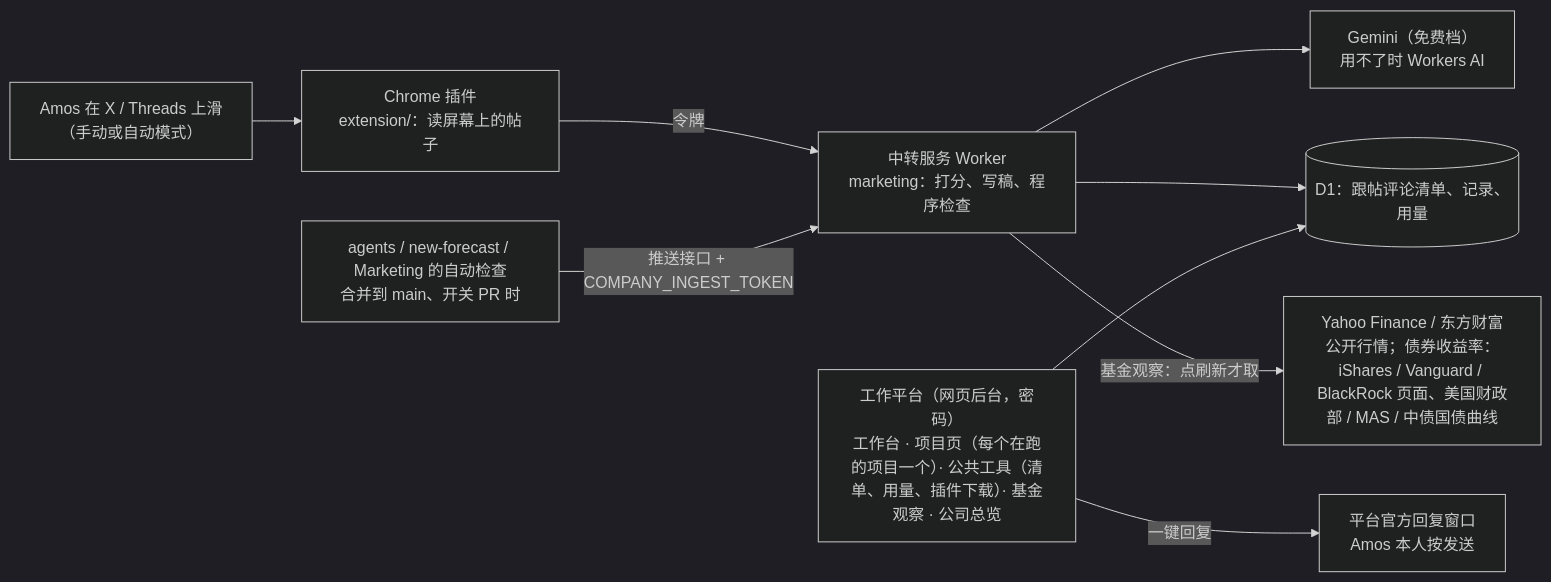
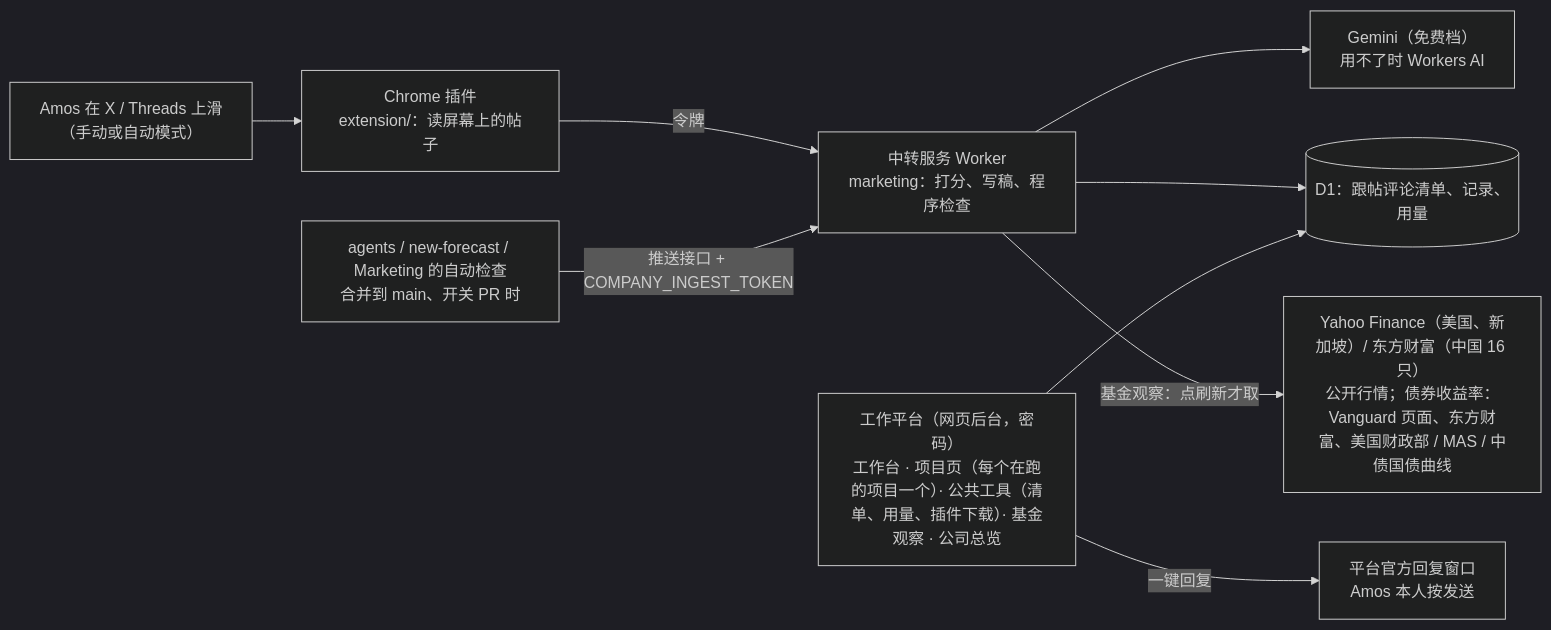
One commit to dollar3651314/Marketing changed the diagram in 项目地图.md. Above: the diagram before and after it, drawn with Mermaid (dark theme). The commit also changed other lines of this file and 7 other files, not shown here.

````diff
--- a/项目地图.md
+++ b/项目地图.md
@@ -22,11 +23,11 @@
 ```mermaid
 flowchart LR
     A["Amos 在 X / Threads 上滑<br/>（手动或自动模式）"] --> P["Chrome 插件<br/>extension/：读屏幕上的帖子"]
     P -->|"令牌"| R["中转服务 Worker<br/>marketing：打分、写稿、程序检查"]
     R --> G["Gemini（免费档）<br/>用不了时 Workers AI"]
     R --> D[("D1：跟帖评论清单、记录、用量")]
     B["工作平台（网页后台，密码）<br/>工作台 · 项目页（每个在跑的项目一个）· 公共工具（清单、用量、插件下载）· 基金观察 · 公司总览"] --> D
-    R -->|"基金观察：点刷新才取"| Y["Yahoo Finance / 东方财富<br/>公开行情；债券收益率：iShares / Vanguard / BlackRock 页面、美国财政部 / MAS / 中债国债曲线"]
+    R -->|"基金观察：点刷新才取"| Y["Yahoo Finance（美国、新加坡）/ 东方财富（中国 16 只）<br/>公开行情；债券收益率：Vanguard 页面、东方财富、美国财政部 / MAS / 中债国债曲线"]
     B -->|"一键回复"| O["平台官方回复窗口<br/>Amos 本人按发送"]
     C["agents / new-forecast / Marketing 的自动检查<br/>合并到 main、开关 PR 时"] -->|"推送接口 + COMPANY_INGEST_TOKEN"| R
 ```
````
